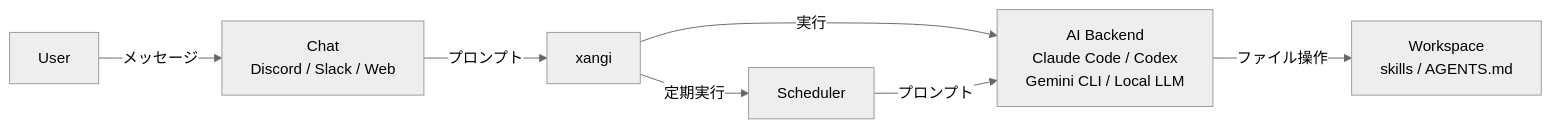
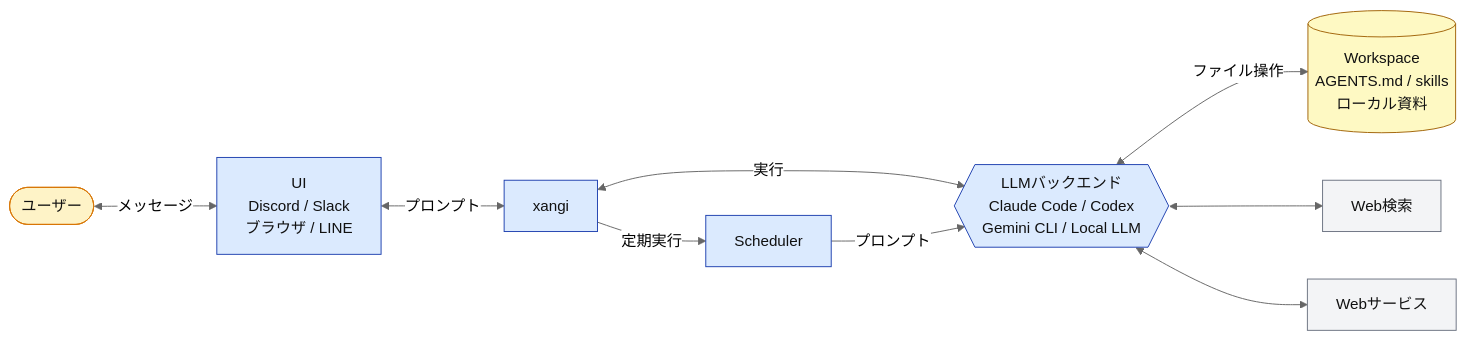
One commit to karaage0703/xangi changed the diagram in README.md. Above: the diagram before and after it, drawn with Mermaid (neutral theme). The commit also changed 16 other files, not shown here.

````diff
--- a/README.md
+++ b/README.md
@@ -22,9 +22,20 @@
 ```mermaid
-graph LR
-    User --> |メッセージ| Chat[Chat<br/>Discord / Slack / Web]
-    Chat --> |プロンプト| xangi
-    xangi --> |実行| CLI[AI Backend<br/>Claude Code / Codex<br/>Gemini CLI / Local LLM]
-    CLI --> |ファイル操作| WS[Workspace<br/>skills / AGENTS.md]
-    xangi --> |定期実行| Scheduler
-    Scheduler --> |プロンプト| CLI
+flowchart LR
+    User([ユーザー]) <-->|メッセージ| chat[UI<br/>Discord / Slack<br/>ブラウザ / LINE]
+    chat <-->|プロンプト| xangi[xangi]
+    xangi <-->|実行| LLM{{LLMバックエンド<br/>Claude Code / Codex<br/>Gemini CLI / Local LLM}}
+    LLM <-->|ファイル操作| WS[(Workspace<br/>AGENTS.md / skills<br/>ローカル資料)]
+    LLM <--> Web[Web検索]
+    LLM <--> Service[Webサービス]
+    xangi -->|定期実行| Scheduler
+    Scheduler -->|プロンプト| LLM
+
+    classDef user fill:#fef3c7,stroke:#d97706,color:#111;
+    classDef core fill:#dbeafe,stroke:#1e40af,color:#111;
+    classDef ws fill:#fef9c3,stroke:#a16207,color:#111;
+    classDef ext fill:#f3f4f6,stroke:#6b7280,color:#111;
+    class User user;
+    class chat,xangi,LLM,Scheduler core;
+    class WS ws;
+    class Web,Service ext;
 ```
````
